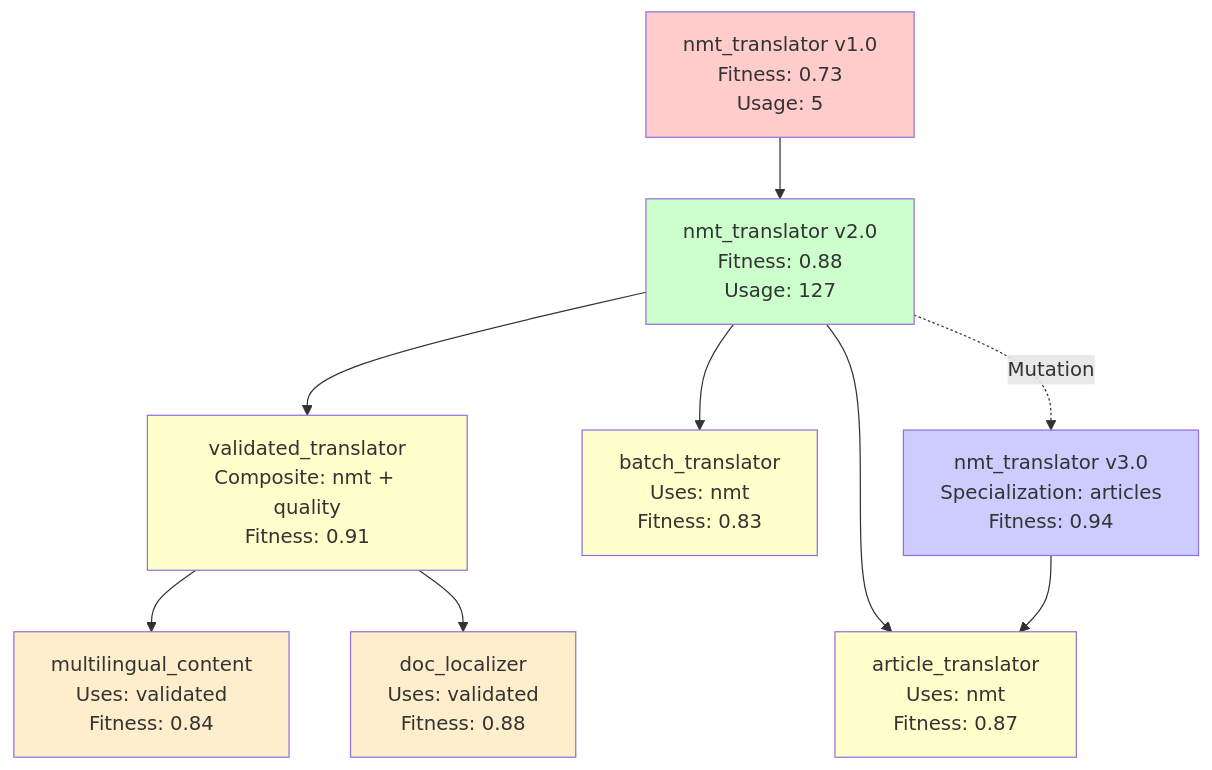
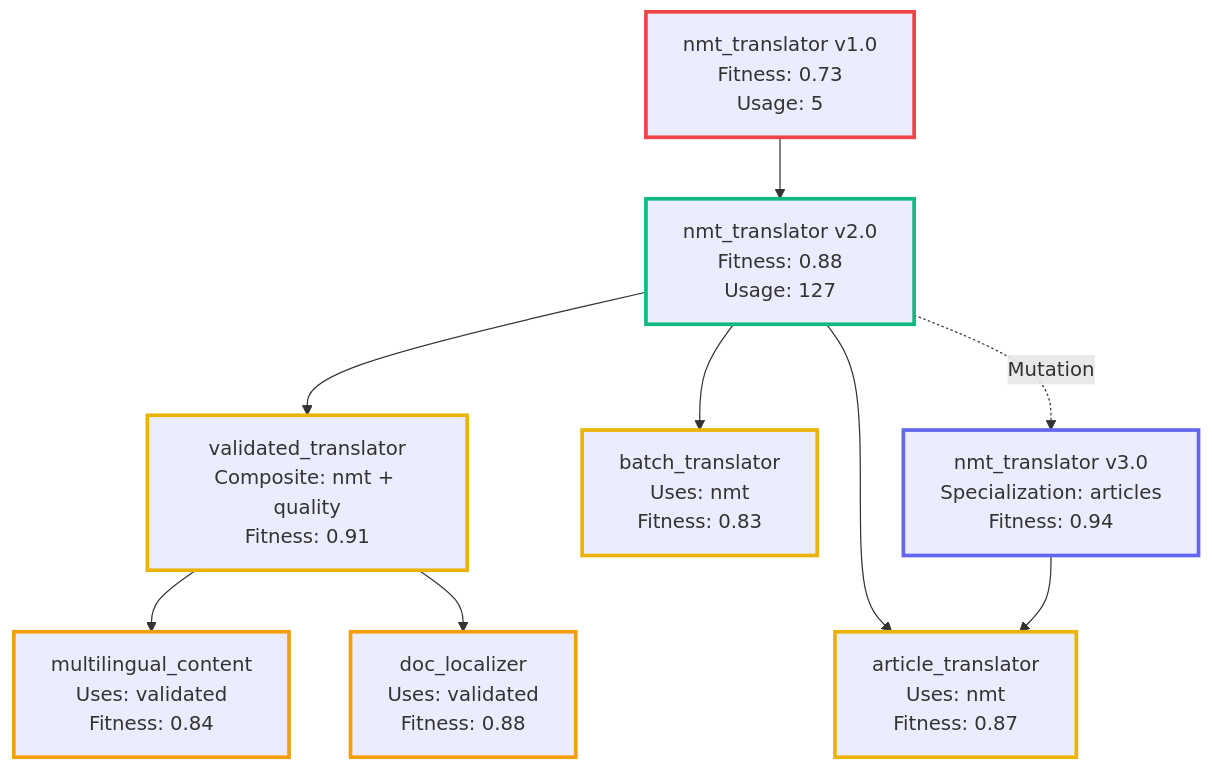
One commit to Shaddix/mostlylucidweb changed the third of 3 diagrams in Mostlylucid/Markdown/semanticintelligence-part8.md. Above: the diagram before and after it, drawn with Mermaid. The commit also changed 11 other files, not shown here.

First line of the commit message:
update: replace background fills with stroke styling in Mermaid diagrams

````diff
--- a/Mostlylucid/Markdown/semanticintelligence-part8.md
+++ b/Mostlylucid/Markdown/semanticintelligence-part8.md
@@ -1784,24 +1784,24 @@
 ```mermaid
 graph TB
     T1["nmt_translator v1.0<br/>Fitness: 0.73<br/>Usage: 5"] --> T2["nmt_translator v2.0<br/>Fitness: 0.88<br/>Usage: 127"]
 
     T2 --> W1["validated_translator<br/>Composite: nmt + quality<br/>Fitness: 0.91"]
     T2 --> W2["article_translator<br/>Uses: nmt<br/>Fitness: 0.87"]
     T2 --> W3["batch_translator<br/>Uses: nmt<br/>Fitness: 0.83"]
 
     W1 --> U1["multilingual_content<br/>Uses: validated<br/>Fitness: 0.84"]
     W1 --> U2["doc_localizer<br/>Uses: validated<br/>Fitness: 0.88"]
 
     T2 -.->|Mutation| T3["nmt_translator v3.0<br/>Specialization: articles<br/>Fitness: 0.94"]
 
     T3 --> W2
 
-    style T1 fill:#ffcccc
-    style T2 fill:#ccffcc
-    style T3 fill:#ccccff
-    style W1 fill:#ffffcc
-    style W2 fill:#ffffcc
-    style W3 fill:#ffffcc
-    style U1 fill:#ffeecc
-    style U2 fill:#ffeecc
+    style T1 stroke:#ef4444,stroke-width:3px
+    style T2 stroke:#10b981,stroke-width:3px
+    style T3 stroke:#6366f1,stroke-width:3px
+    style W1 stroke:#eab308,stroke-width:3px
+    style W2 stroke:#eab308,stroke-width:3px
+    style W3 stroke:#eab308,stroke-width:3px
+    style U1 stroke:#f59e0b,stroke-width:3px
+    style U2 stroke:#f59e0b,stroke-width:3px
 ```
````
